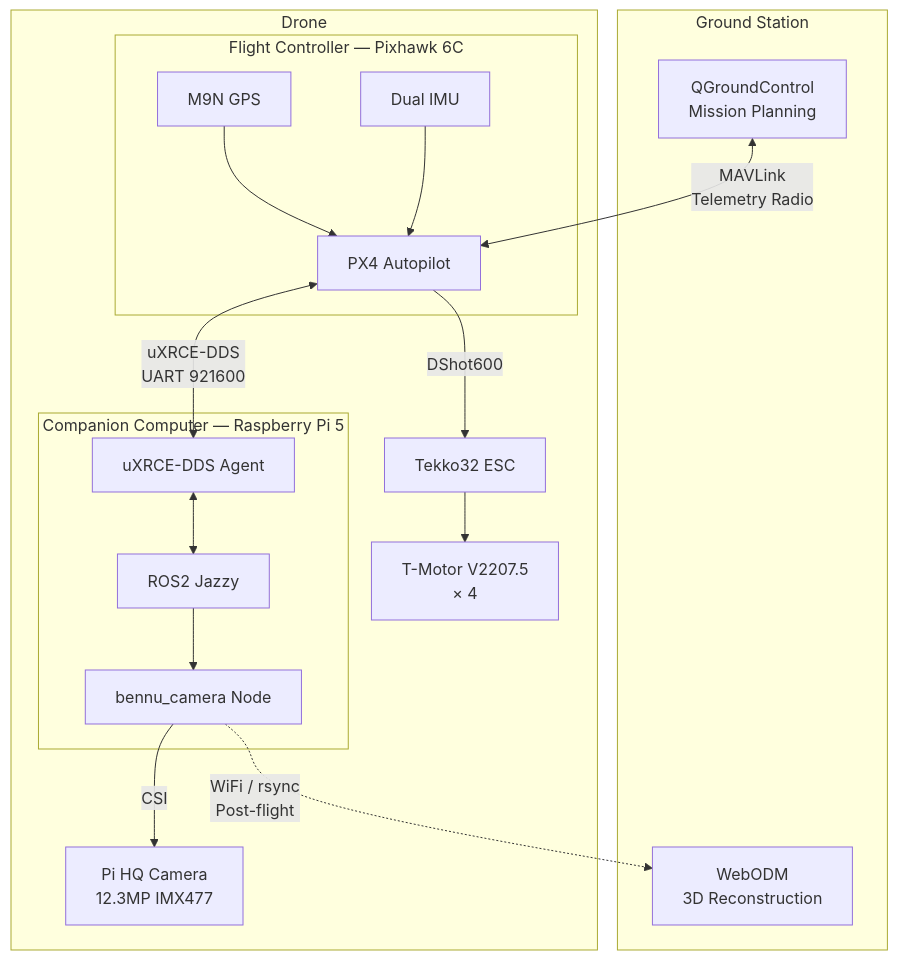
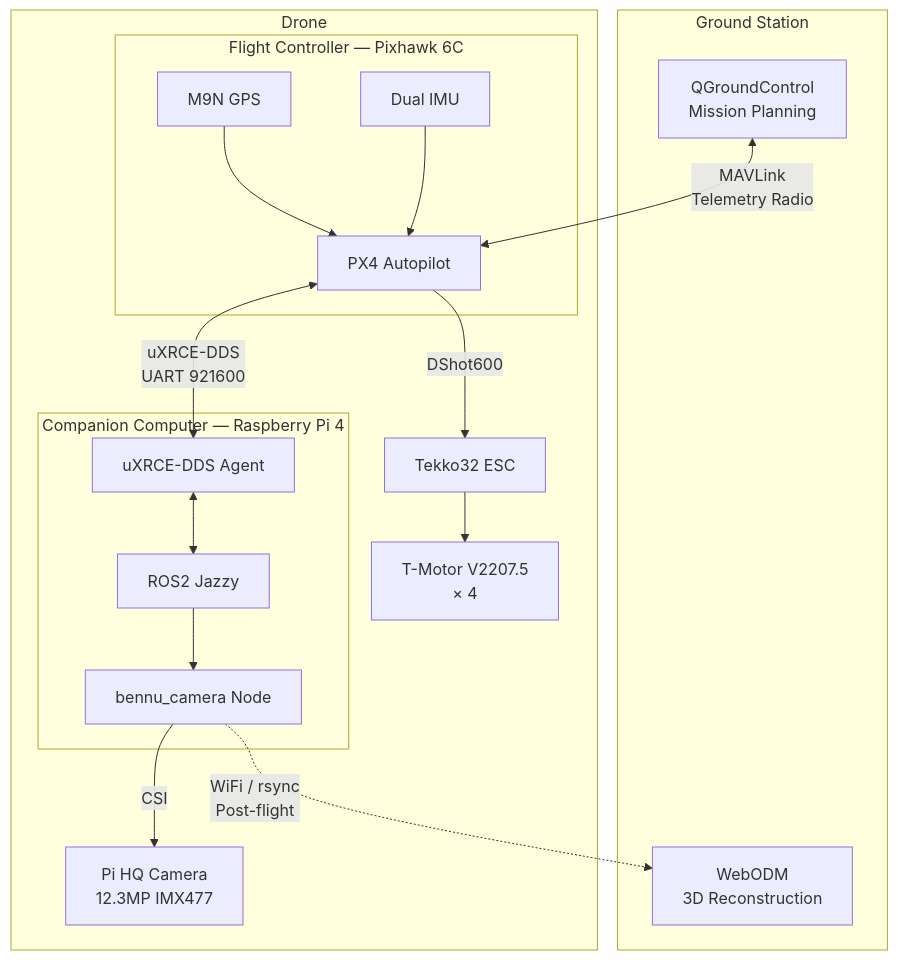
One commit to fadi-labib/bennu changed the first of 2 diagrams in docs/concepts/system-architecture.md. Above: the diagram before and after it, drawn with Mermaid. The commit also changed other lines of this file and 9 other files, not shown here.

````diff
--- a/docs/concepts/system-architecture.md
+++ b/docs/concepts/system-architecture.md
@@ -71,34 +71,34 @@
 ```mermaid
 graph TB
     subgraph Ground["Ground Station"]
         QGC[QGroundControl<br/>Mission Planning]
         WebODM[WebODM<br/>3D Reconstruction]
     end
 
     subgraph Drone
-        subgraph Pi5["Companion Computer — Raspberry Pi 5"]
+        subgraph Pi4["Companion Computer — Raspberry Pi 4"]
             XRCE[uXRCE-DDS Agent]
             CAM_NODE[bennu_camera Node]
             ROS2[ROS2 Jazzy]
         end
         subgraph FC["Flight Controller — Pixhawk 6C"]
             PX4[PX4 Autopilot]
             GPS[M9N GPS]
             IMU[Dual IMU]
         end
         CAM[Pi HQ Camera<br/>12.3MP IMX477]
         ESC[Tekko32 ESC]
         MOTORS["T-Motor V2207.5<br/>× 4"]
     end
 
     QGC <-->|"MAVLink<br/>Telemetry Radio"| PX4
     PX4 <-->|"uXRCE-DDS<br/>UART 921600"| XRCE
     XRCE <--> ROS2
     ROS2 --> CAM_NODE
     CAM_NODE -->|CSI| CAM
     PX4 -->|DShot600| ESC
     ESC --> MOTORS
     GPS --> PX4
     IMU --> PX4
     CAM_NODE -.->|"WiFi / rsync<br/>Post-flight"| WebODM
 ```
````
